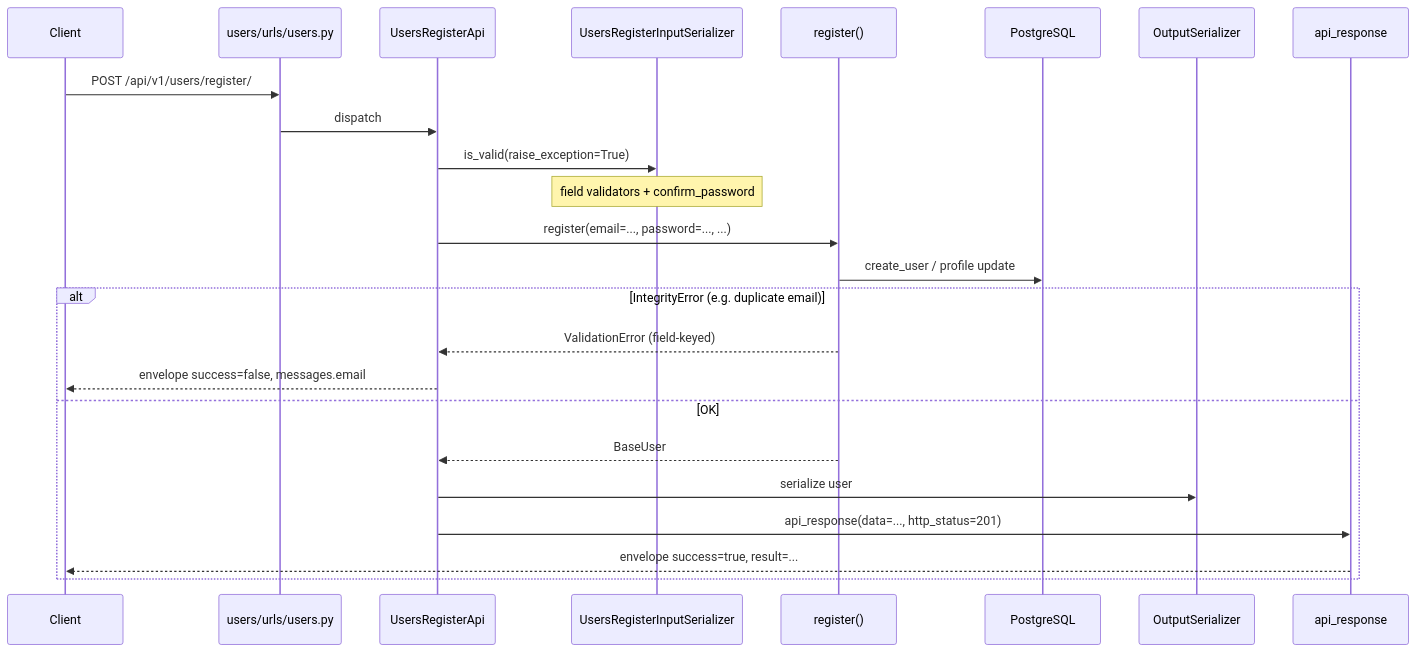
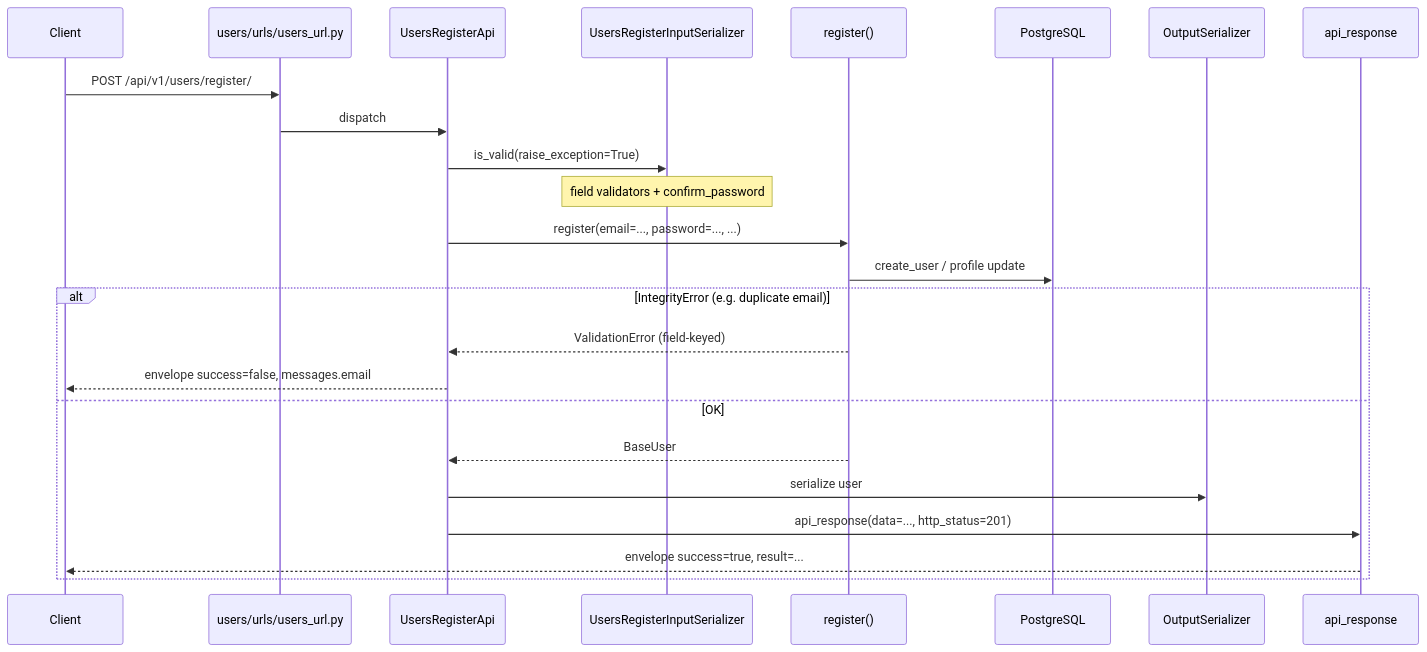
The second of 3 diagrams in {{cookiecutter.project_name}}/docs/style-guide/structure/architecture.md (alidanial7/django-style-guide), drawn with Mermaid before and after one commit. The commit also changed other lines of this file and 29 other files, not shown here.

````diff
--- a/{{cookiecutter.project_name}}/docs/style-guide/structure/architecture.md
+++ b/{{cookiecutter.project_name}}/docs/style-guide/structure/architecture.md
@@ -186,27 +186,27 @@
 ```mermaid
 sequenceDiagram
     participant C as Client
-    participant URL as users/urls/users.py
+    participant URL as users/urls/users_url.py
     participant API as UsersRegisterApi
     participant SER as UsersRegisterInputSerializer
     participant SVC as register()
     participant DB as PostgreSQL
     participant OUT as OutputSerializer
     participant ENV as api_response
 
     C->>URL: POST /api/v1/users/register/
     URL->>API: dispatch
     API->>SER: is_valid(raise_exception=True)
     Note over SER: field validators + confirm_password
     API->>SVC: register(email=..., password=..., ...)
     SVC->>DB: create_user / profile update
     alt IntegrityError (e.g. duplicate email)
         SVC-->>API: ValidationError (field-keyed)
         API-->>C: envelope success=false, messages.email
     else OK
         SVC-->>API: BaseUser
         API->>OUT: serialize user
         API->>ENV: api_response(data=..., http_status=201)
         ENV-->>C: envelope success=true, result=...
     end
 ```
````
